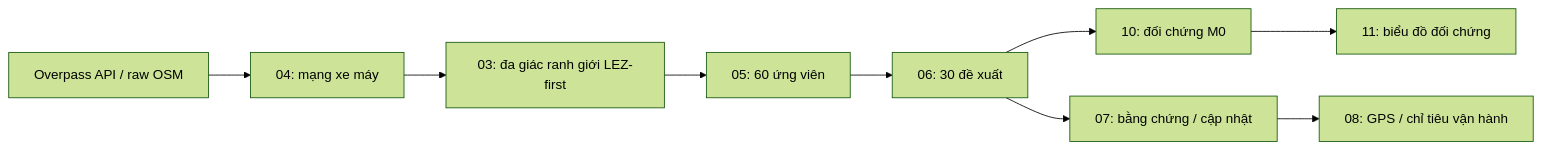
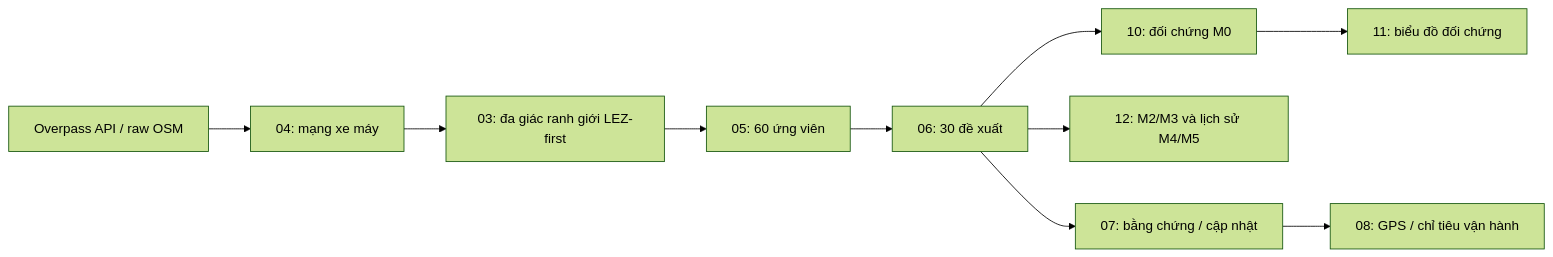
Before and after one commit to quanhhg/lez-road: the diagram in README.md, drawn with Mermaid (forest theme). The commit also changed other lines of this file and 10 other files, not shown here.

````diff
--- a/README.md
+++ b/README.md
@@ -23,11 +24,12 @@
 ```mermaid
 flowchart LR
     O[Overpass API / raw OSM] --> N[04: mạng xe máy]
     N --> B[03: đa giác ranh giới LEZ-first]
     B --> C[05: 60 ứng viên]
     C --> S[06: 30 đề xuất]
     S --> M[10: đối chứng M0]
+    S --> K[12: M2/M3 và lịch sử M4/M5]
     M --> P[11: biểu đồ đối chứng]
     S --> F[07: bằng chứng / cập nhật]
     F --> G[08: GPS / chỉ tiêu vận hành]
 ```
````
